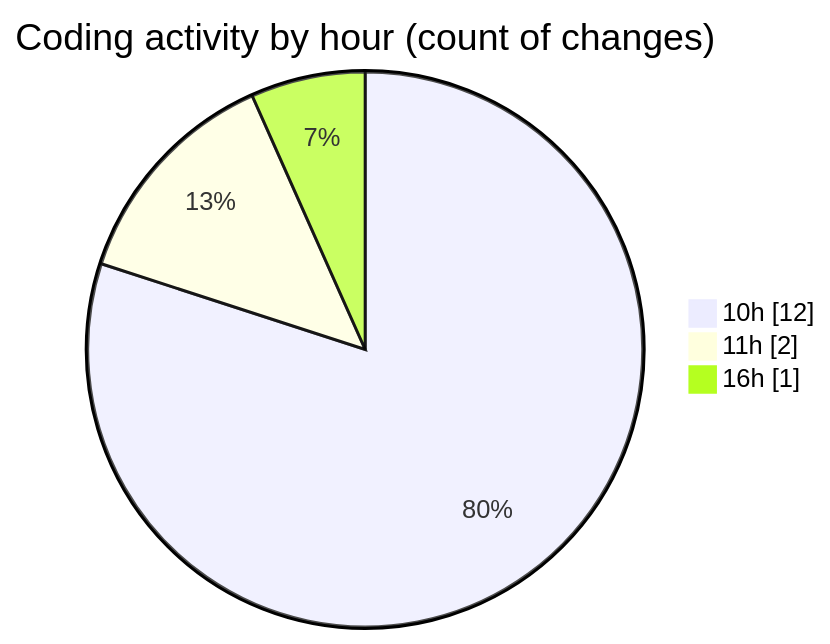
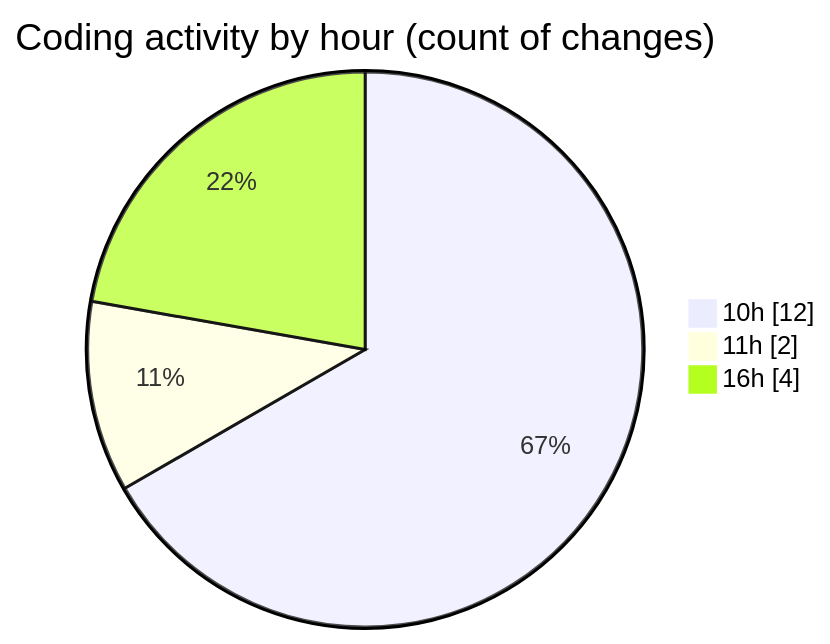
The second of 2 diagrams in 2025-10-01/untitled__workspace_/README.md (debugP/code-tracking), drawn with Mermaid before and after one commit. The commit also changed other lines of this file and 1 other file, not shown here.

````diff
--- a/2025-10-01/untitled__workspace_/README.md
+++ b/2025-10-01/untitled__workspace_/README.md
@@ -33,7 +34,7 @@
 ```mermaid
 pie showData
 title Coding activity by hour (count of changes)
 "10h" : 12
 "11h" : 2
-"16h" : 1
+"16h" : 4
 ```
````
